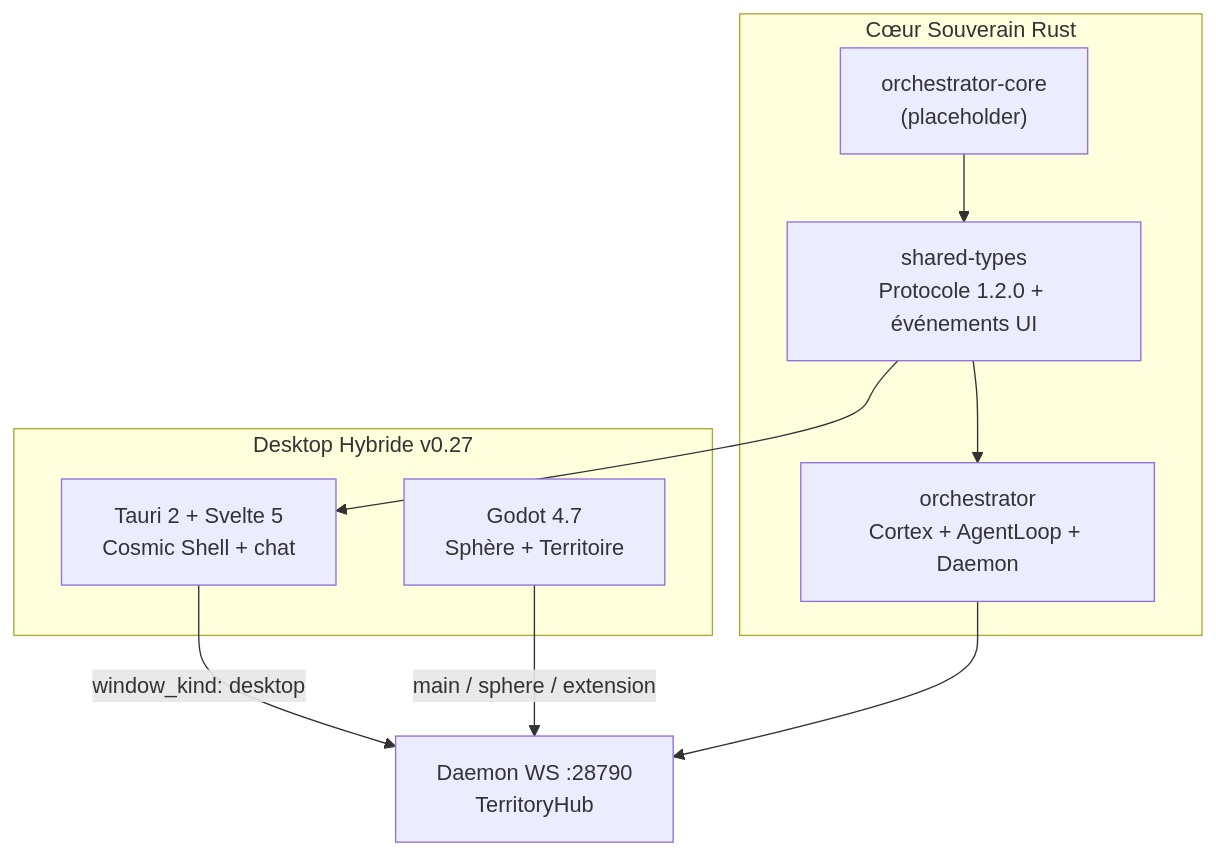
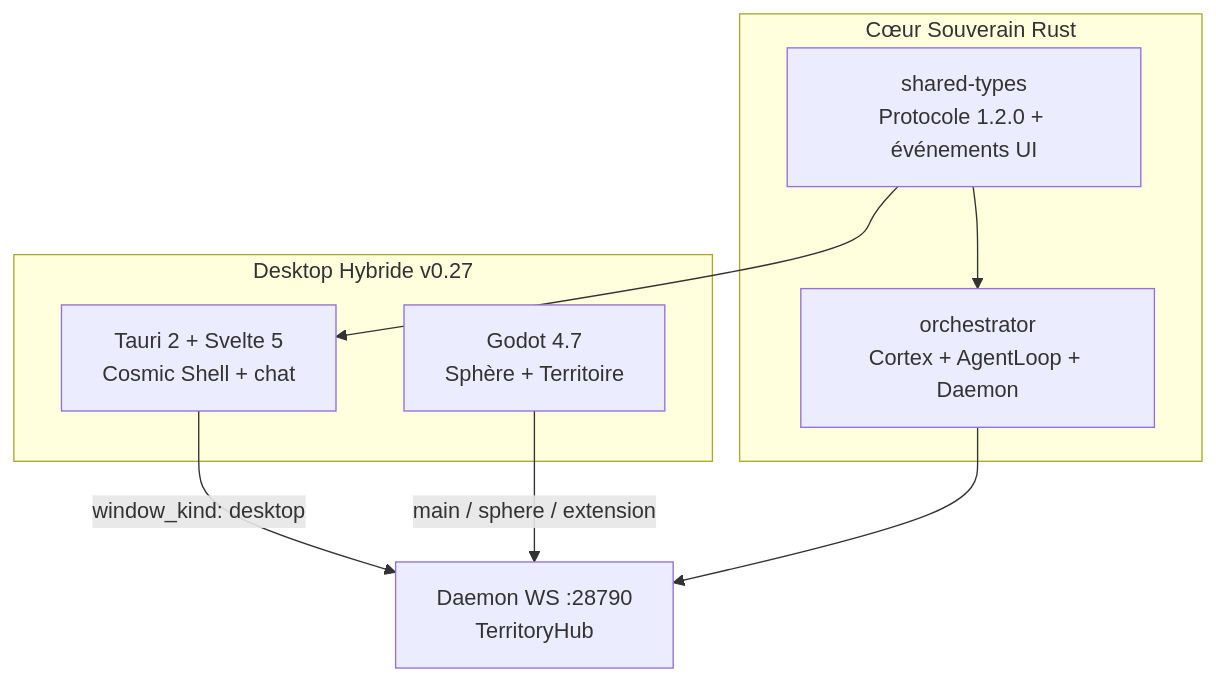
The diagram in docs/architecture.md (SovenLabs/orchestrateur), drawn with Mermaid before and after one commit. The commit also changed other lines of this file and 35 other files, not shown here.

````diff
--- a/docs/architecture.md
+++ b/docs/architecture.md
@@ -9,21 +9,19 @@
 ```mermaid
 flowchart TB
     subgraph Desktop["Desktop Hybride v0.27"]
         Tauri["Tauri 2 + Svelte 5<br/>Cosmic Shell + chat"]
         Godot["Godot 4.7<br/>Sphère + Territoire"]
     end
 
     subgraph Rust["Cœur Souverain Rust"]
-        Core["orchestrator-core<br/>(placeholder)"]
         Orch["orchestrator<br/>Cortex + AgentLoop + Daemon"]
         Types["shared-types<br/>Protocole 1.2.0 + événements UI"]
     end
 
     Tauri -->|window_kind: desktop| Daemon
     Godot -->|main / sphere / extension| Daemon
     Daemon["Daemon WS :28790<br/>TerritoryHub"]
     Orch --> Daemon
     Types --> Tauri
     Types --> Orch
-    Core --> Types
 ```
````
